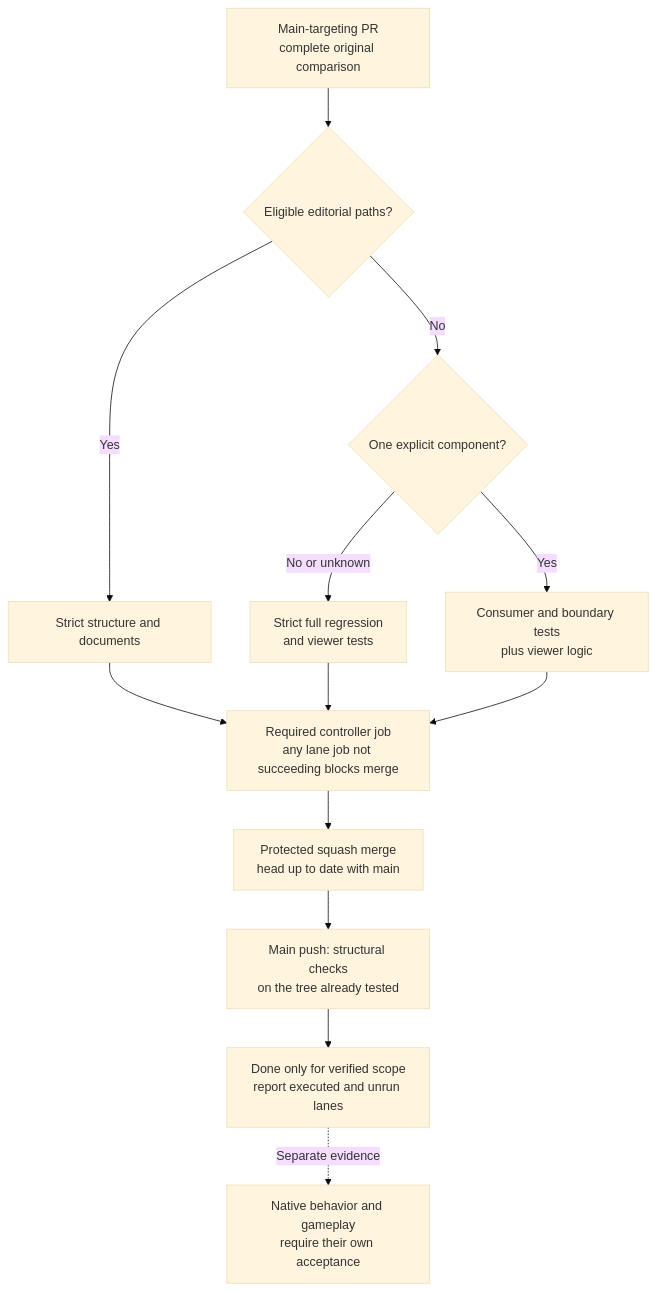
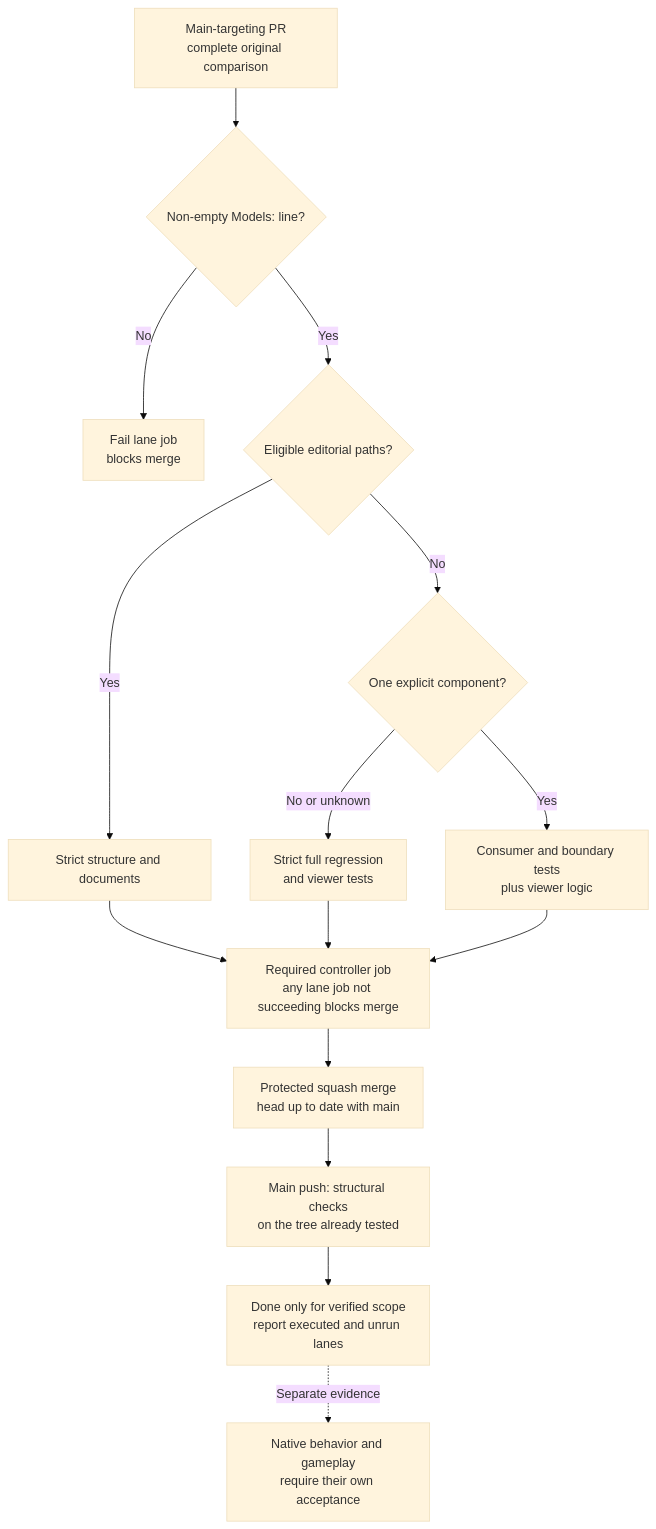
One commit to CVX-Hull/enactive changed the first of 2 diagrams in docs/workflows/ci-profiles.md. Above: the diagram before and after it, drawn with Mermaid (base theme). The commit also changed other lines of this file and 31 other files, not shown here.

First line of the commit message:
Adopt oracle-first routing, delegate hardening, PR Models check, and reviewability rules (#1032) (#1033)

````diff
--- a/docs/workflows/ci-profiles.md
+++ b/docs/workflows/ci-profiles.md
@@ -9,17 +9,19 @@
 ```mermaid
 flowchart TB
   accTitle: Proportional checks on pull requests, structural checks on main
-  accDescr: Main-targeting pull requests use documentation consistency, explicit component consumer tests, or full portable regression from the complete diff. The selected profile runs as lane jobs, and the required controller job passes only if every one of them succeeded, so a failure blocks protected merge. Main's ruleset requires the pull request to be up to date with main, so a squash merge gives main the tree the pull request's run tested, and a push to main runs the structural checks only. Native and gameplay acceptance remain separate.
-  P["Main-targeting PR<br/>complete original comparison"] --> E{"Eligible editorial paths?"}
+  accDescr: Main-targeting pull requests first check for a non-empty Models: line, then use documentation consistency, explicit component consumer tests, or full portable regression from the complete diff. The selected profile runs as lane jobs, and the required controller job passes only if every one of them succeeded, so a failure blocks protected merge. Main's ruleset requires the pull request to be up to date with main, so a squash merge gives main the tree the pull request's run tested, and a push to main runs the structural checks only. Native and gameplay acceptance remain separate.
+  P["Main-targeting PR<br/>complete original comparison"] --> MCheck{"Non-empty Models: line?"}
+  MCheck -- No --> MFail["Fail lane job<br/>blocks merge"]
+  MCheck -- Yes --> E{"Eligible editorial paths?"}
   E -- Yes --> D["Strict structure and documents"]
   E -- No --> B{"One explicit component?"}
   B -- Yes --> T["Consumer and boundary tests<br/>plus viewer logic"]
   B -- No or unknown --> F["Strict full regression<br/>and viewer tests"]
   D --> C["Required controller job<br/>any lane job not succeeding blocks merge"]
   F --> C
   T --> C
   C --> M["Protected squash merge<br/>head up to date with main"]
   M --> S["Main push: structural checks<br/>on the tree already tested"]
   S --> V["Done only for verified scope<br/>report executed and unrun lanes"]
   V -. "Separate evidence" .-> N["Native behavior and gameplay<br/>require their own acceptance"]
 ```
````
